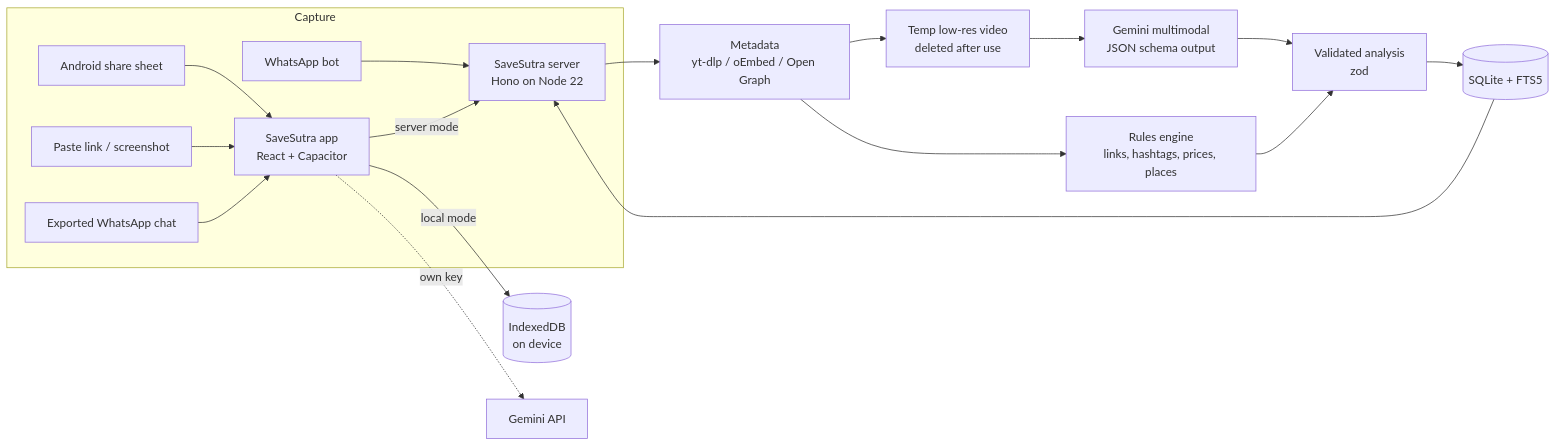
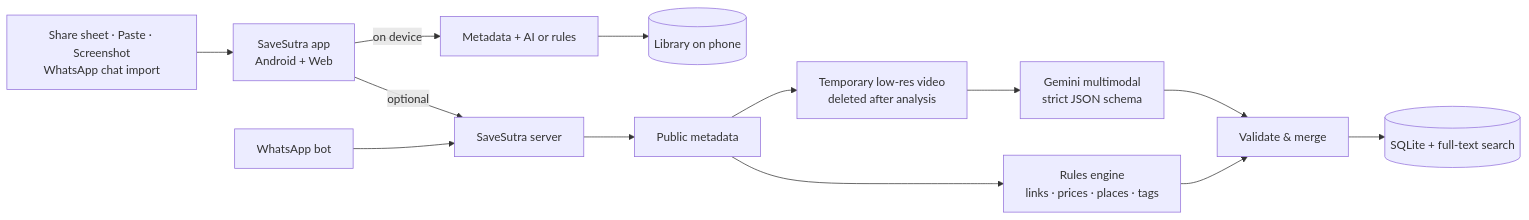
The diagram in README.md (GOD-MANAV/savesutra), drawn with Mermaid before and after one commit. The commit also changed other lines of this file and 25 other files, not shown here.

````diff
--- a/README.md
+++ b/README.md
@@ -71,20 +140,13 @@
 ```mermaid
 flowchart LR
-  subgraph Capture
-    A[Android share sheet] --> P
-    B[Paste link / screenshot] --> P
-    C[WhatsApp bot] --> S
-    D[Exported WhatsApp chat] --> P
-  end
-  P[SaveSutra app<br/>React + Capacitor] -->|local mode| L[(IndexedDB<br/>on device)]
-  P -->|server mode| S[SaveSutra server<br/>Hono on Node 22]
-  P -.->|own key| G1[Gemini API]
-  S --> M[Metadata<br/>yt-dlp / oEmbed / Open Graph]
-  M --> V[Temp low-res video<br/>deleted after use]
-  V --> G2[Gemini multimodal<br/>JSON schema output]
-  M --> R[Rules engine<br/>links, hashtags, prices, places]
-  G2 --> Z[Validated analysis<br/>zod]
-  R --> Z
-  Z --> DB[(SQLite + FTS5)]
-  DB --> S
+  A[Share sheet · Paste · Screenshot<br/>WhatsApp chat import] --> APP[SaveSutra app<br/>Android + Web]
+  W[WhatsApp bot] --> SRV
+  APP -->|on device| DEV[Metadata + AI or rules] --> DB1[(Library on phone)]
+  APP -->|optional| SRV[SaveSutra server]
+  SRV --> META[Public metadata] --> VID[Temporary low-res video<br/>deleted after analysis]
+  VID --> AI[Gemini multimodal<br/>strict JSON schema]
+  META --> RULES[Rules engine<br/>links · prices · places · tags]
+  AI --> VAL[Validate & merge]
+  RULES --> VAL
+  VAL --> DB2[(SQLite + full-text search)]
 ```
````
